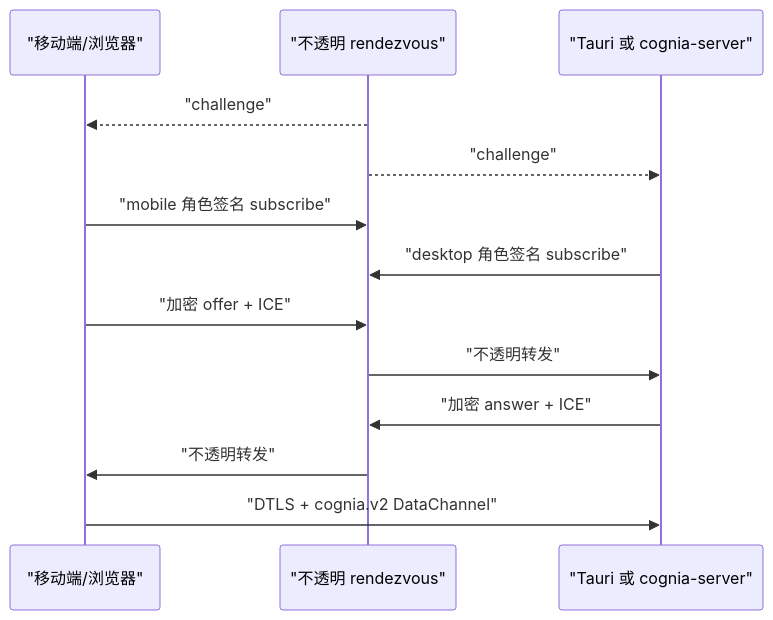
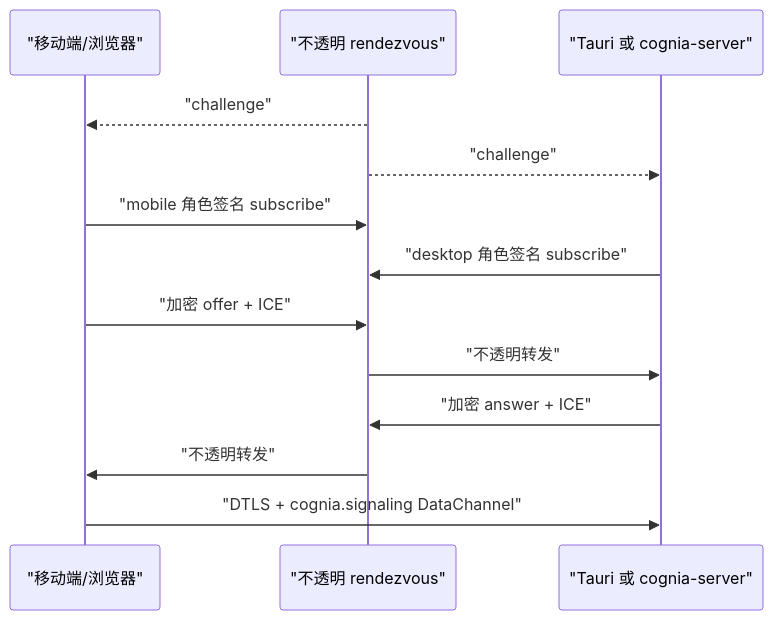
The diagram in docs/content/docs/zh/subsystems/companion-api/signaling-webrtc.mdx (MaxQian888/cognia-next), drawn with Mermaid before and after one commit. The commit also changed other lines of this file and 71 other files, not shown here.

````diff
--- a/docs/content/docs/zh/subsystems/companion-api/signaling-webrtc.mdx
+++ b/docs/content/docs/zh/subsystems/companion-api/signaling-webrtc.mdx
@@ -25,15 +25,15 @@
 ```mermaid
 sequenceDiagram
   participant M as "移动端/浏览器"
   participant R as "不透明 rendezvous"
   participant H as "Tauri 或 cognia-server"
   R-->>M: "challenge"
   R-->>H: "challenge"
   M->>R: "mobile 角色签名 subscribe"
   H->>R: "desktop 角色签名 subscribe"
   M->>R: "加密 offer + ICE"
   R->>H: "不透明转发"
   H->>R: "加密 answer + ICE"
   R->>M: "不透明转发"
-  M->>H: "DTLS + cognia.v2 DataChannel"
+  M->>H: "DTLS + cognia.signaling DataChannel"
 ```
````
